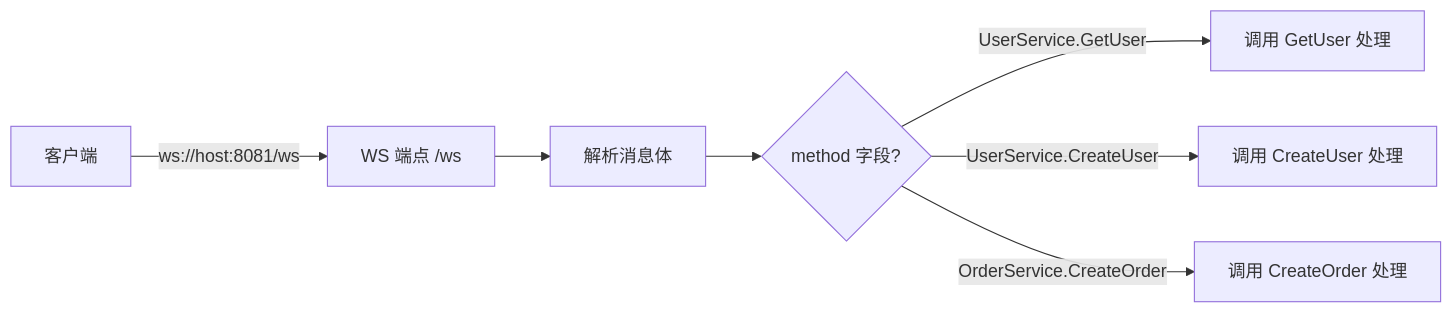
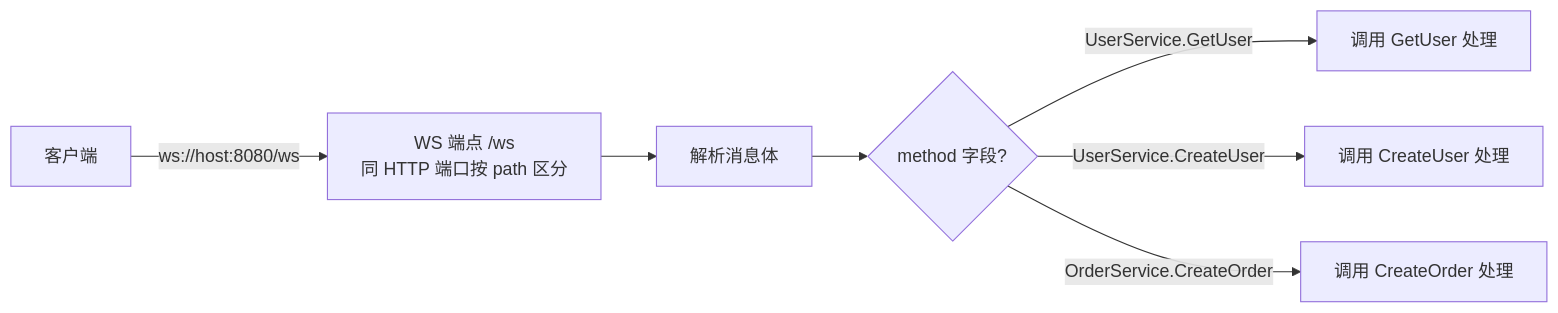
One commit to edap-io/edap changed diagram 12 of 42 in README.md. Above: the diagram before and after it, drawn with Mermaid. The commit also changed other lines of this file, not shown here.

````diff
--- a/README.md
+++ b/README.md
@@ -776,9 +770,9 @@
 ```mermaid
 graph LR
-    Client[客户端] -->|ws://host:8081/ws| Server[WS 端点 /ws]
+    Client[客户端] -->|ws://host:8080/ws| Server[WS 端点 /ws<br/>同 HTTP 端口按 path 区分]
     Server --> Parse[解析消息体]
     Parse --> Route{method 字段?}
     Route -->|UserService.GetUser| H1[调用 GetUser 处理]
     Route -->|UserService.CreateUser| H2[调用 CreateUser 处理]
     Route -->|OrderService.CreateOrder| H3[调用 CreateOrder 处理]
 ```
````
